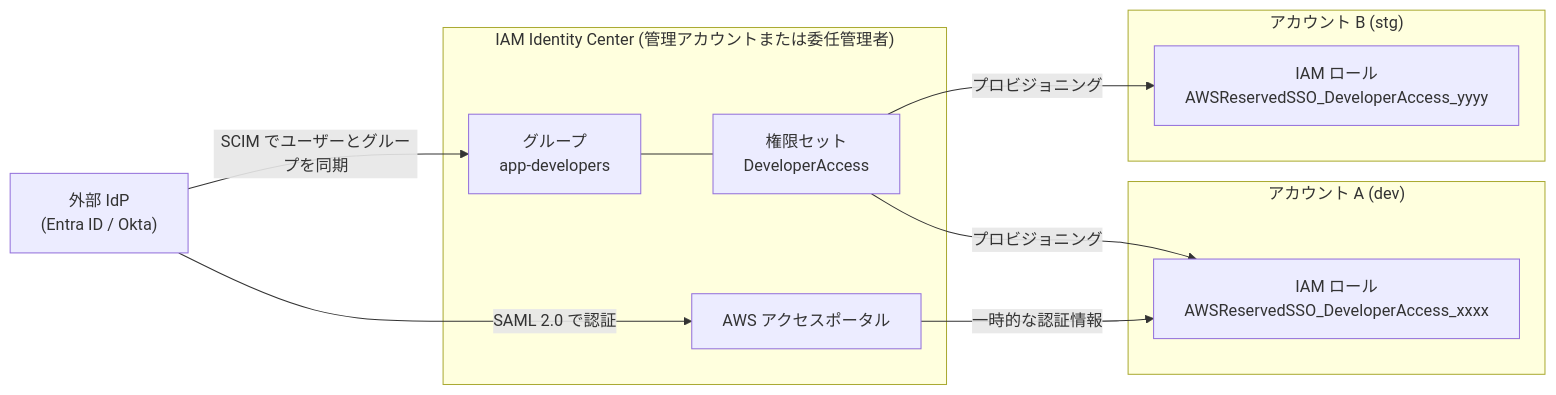
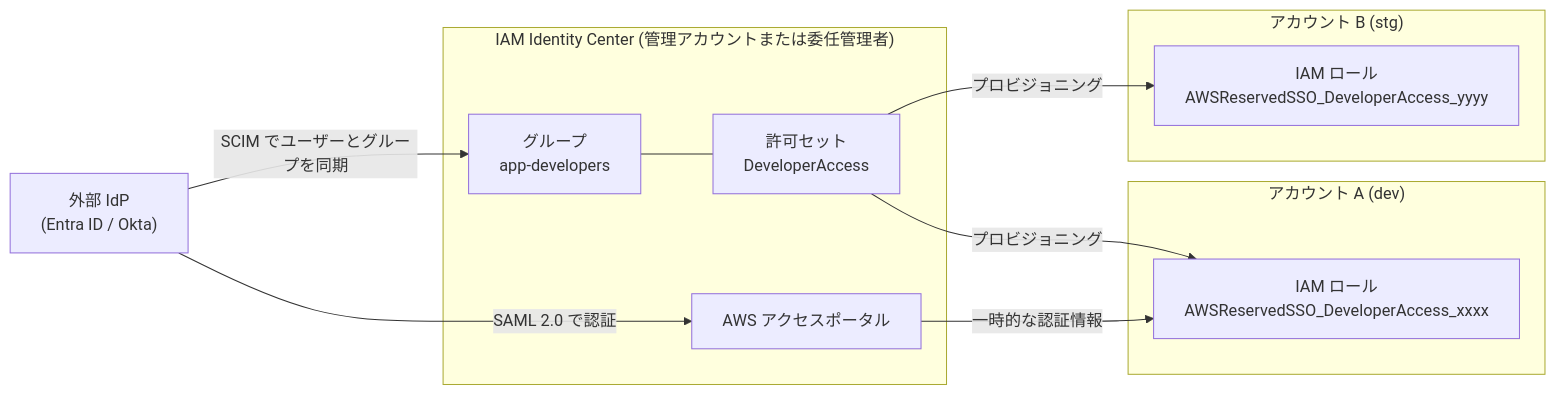
One commit to raku1chi/study-aws changed the second of 5 diagrams in 03-professional/03-identity-federation.md. Above: the diagram before and after it, drawn with Mermaid. The commit also changed other lines of this file and 1 other file, not shown here.

````diff
--- a/03-professional/03-identity-federation.md
+++ b/03-professional/03-identity-federation.md
@@ -85,21 +85,21 @@
 ```mermaid
 flowchart LR
     IDP["外部 IdP<br/>(Entra ID / Okta)"]
     subgraph IC["IAM Identity Center (管理アカウントまたは委任管理者)"]
         GRP["グループ<br/>app-developers"]
-        PS["権限セット<br/>DeveloperAccess"]
+        PS["許可セット<br/>DeveloperAccess"]
         PORTAL["AWS アクセスポータル"]
     end
     subgraph ACCA["アカウント A (dev)"]
         RA["IAM ロール<br/>AWSReservedSSO_DeveloperAccess_xxxx"]
     end
     subgraph ACCB["アカウント B (stg)"]
         RB["IAM ロール<br/>AWSReservedSSO_DeveloperAccess_yyyy"]
     end
     IDP -->|"SCIM でユーザーとグループを同期"| GRP
     IDP -->|"SAML 2.0 で認証"| PORTAL
     GRP --- PS
     PS -->|"プロビジョニング"| RA
     PS -->|"プロビジョニング"| RB
     PORTAL -->|"一時的な認証情報"| RA
 ```
````
